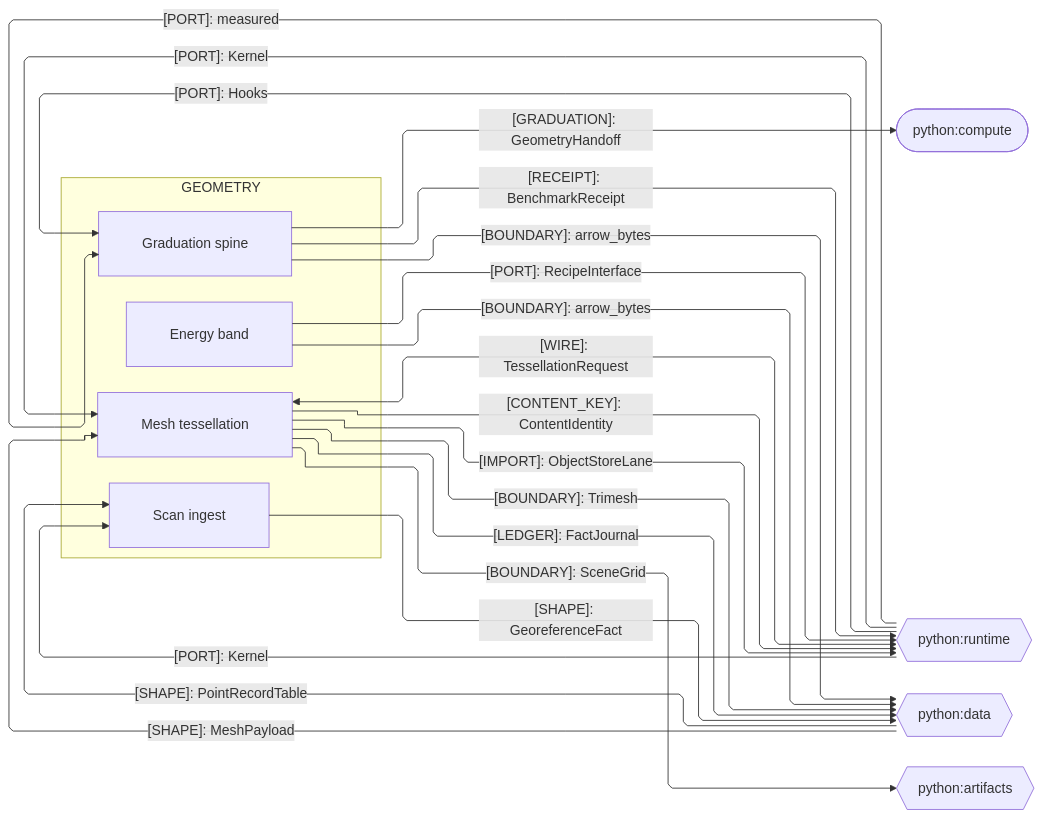
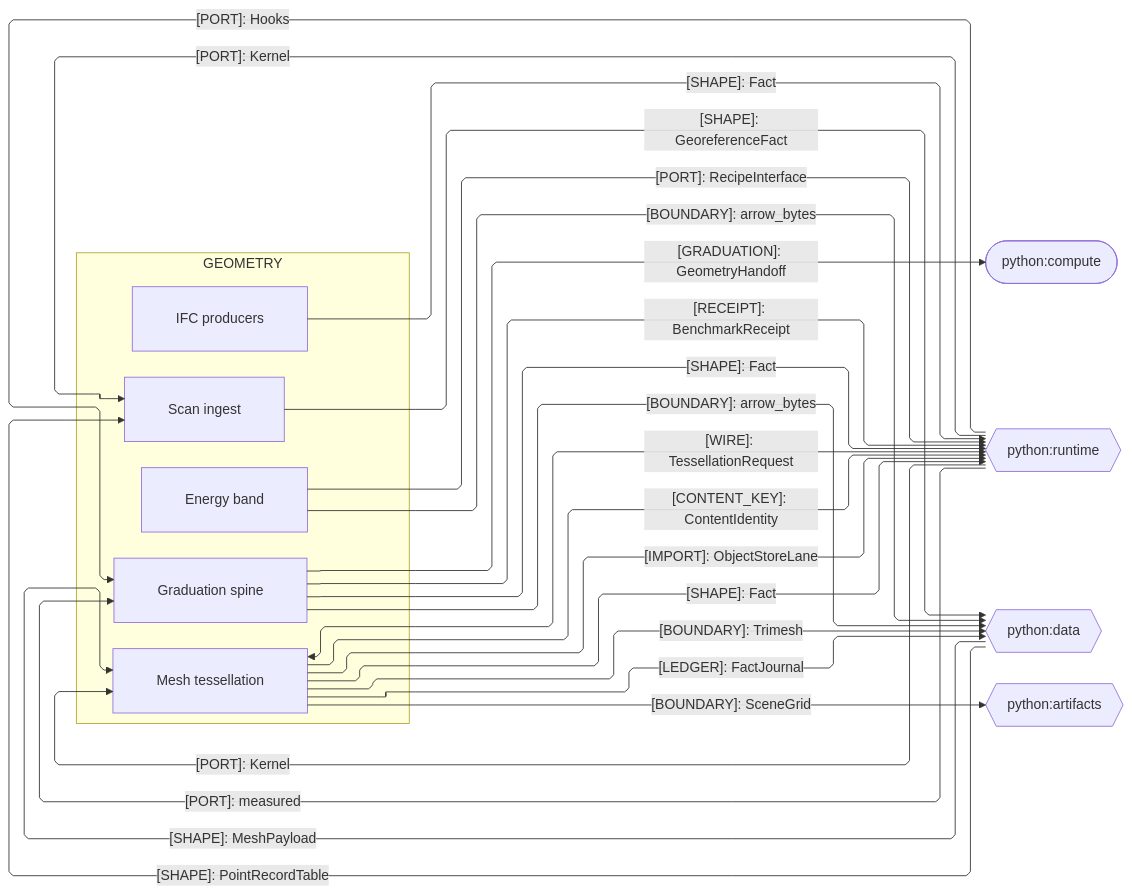
Before and after one commit to bsamiee/Rasm: the third of 3 diagrams in libs/python/geometry/ARCHITECTURE.md, drawn with Mermaid. The commit also changed other lines of this file and 168 other files, not shown here.

````diff
--- a/libs/python/geometry/ARCHITECTURE.md
+++ b/libs/python/geometry/ARCHITECTURE.md
@@ -117,40 +117,44 @@
 ```mermaid
 ---
 config:
   layout: elk
   flowchart:
     curve: linear
     padding: 25
 ---
 flowchart LR
     accTitle: Geometry Python sibling seams
     accDescr: Geometry sub-domain owners exchanging graduation receipts, payloads, ports, and kernel crossings with the Python siblings.
     subgraph geometry[GEOMETRY]
         Graduation[Graduation spine]
         Mesh[Mesh tessellation]
+        Ifc[IFC producers]
         Scan[Scan ingest]
         Energy[Energy band]
     end
     Compute([python:compute])
     Runtime{{python:runtime}}
     Data{{python:data}}
     Artifacts{{python:artifacts}}
     Graduation e1@-->|"[GRADUATION]: GeometryHandoff"| Compute
     Graduation e10@-->|"[BOUNDARY]: arrow_bytes"| Data
     Mesh e2@<-->|"[WIRE]: TessellationRequest"| Runtime
     Mesh e3@-->|"[CONTENT_KEY]: ContentIdentity"| Runtime
     Data e4@-->|"[SHAPE]: MeshPayload"| Mesh
     Mesh e5@-->|"[BOUNDARY]: Trimesh"| Data
     Mesh e6@-->|"[BOUNDARY]: SceneGrid"| Artifacts
     Data e7@-->|"[SHAPE]: PointRecordTable"| Scan
     Energy e8@-->|"[PORT]: RecipeInterface"| Runtime
     Energy e9@-->|"[BOUNDARY]: arrow_bytes"| Data
     Graduation e11@-->|"[RECEIPT]: BenchmarkReceipt"| Runtime
     Mesh e16@-->|"[IMPORT]: ObjectStoreLane"| Runtime
     Mesh e17@-->|"[LEDGER]: FactJournal"| Data
+    Graduation e19@-->|"[SHAPE]: Fact"| Runtime
+    Ifc e20@-->|"[SHAPE]: Fact"| Runtime
+    Mesh e21@-->|"[SHAPE]: Fact"| Runtime
     Runtime e12@-->|"[PORT]: Kernel"| Mesh
     Runtime e13@-->|"[PORT]: Kernel"| Scan
     Runtime e14@-->|"[PORT]: measured"| Graduation
     Runtime e15@-->|"[PORT]: Hooks"| Graduation
     Scan e18@-->|"[SHAPE]: GeoreferenceFact"| Data
 ```
````
